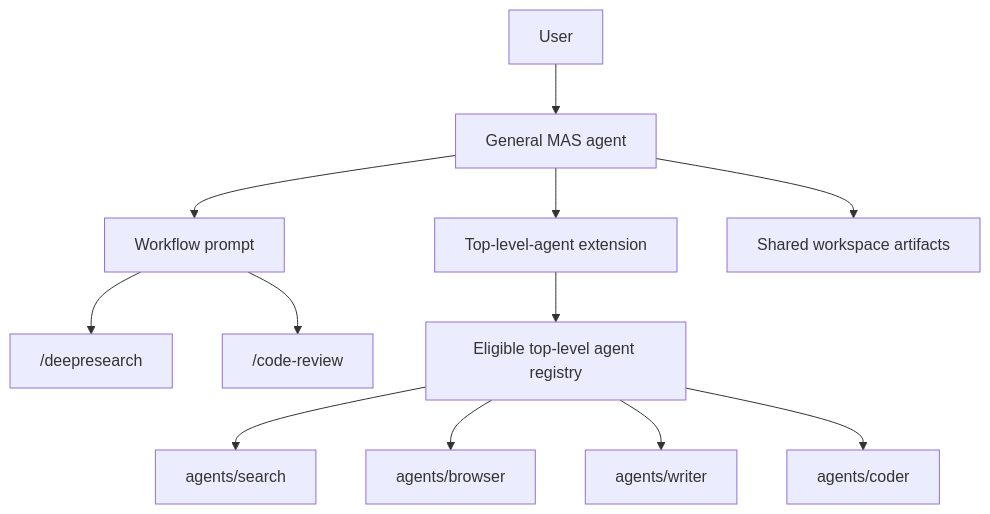
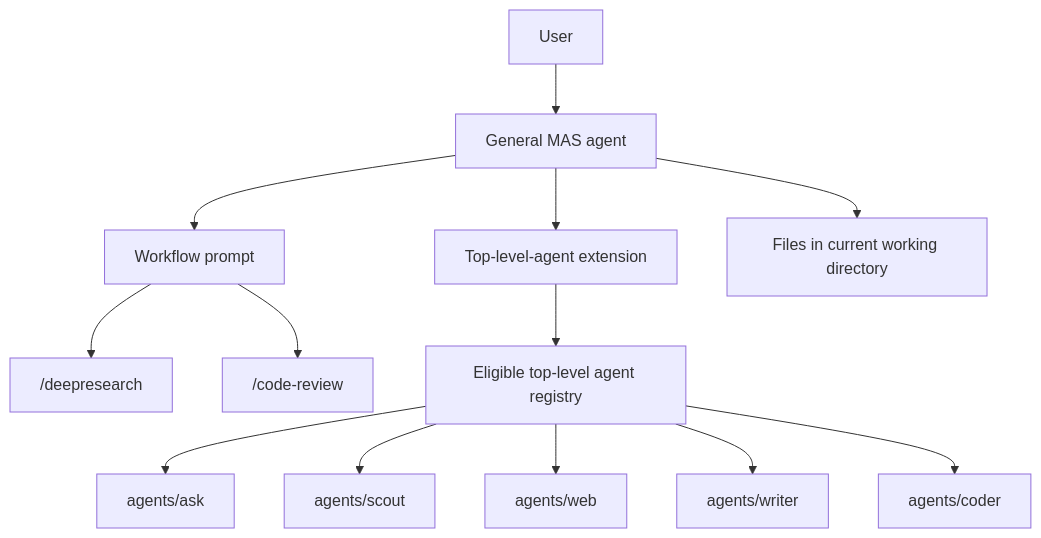
One commit to PlebeiusGaragicus/dot-pi changed the diagram in docs/design/top-level-agent-mas.md. Above: the diagram before and after it, drawn with Mermaid. The commit also changed other lines of this file, not shown here.

````diff
--- a/docs/design/top-level-agent-mas.md
+++ b/docs/design/top-level-agent-mas.md
@@ -62,14 +63,15 @@
 ```mermaid
 flowchart TD
     User[User] --> MasAgent["General MAS agent"]
     MasAgent --> WorkflowPrompt["Workflow prompt"]
     WorkflowPrompt --> DeepResearch["/deepresearch"]
     WorkflowPrompt --> CodeReview["/code-review"]
     MasAgent --> Extension["Top-level-agent extension"]
     Extension --> Registry["Eligible top-level agent registry"]
-    Registry --> SearchAgent["agents/search"]
-    Registry --> BrowserAgent["agents/browser"]
+    Registry --> AskAgent["agents/ask"]
+    Registry --> ScoutAgent["agents/scout"]
+    Registry --> WebAgent["agents/web"]
     Registry --> WriterAgent["agents/writer"]
     Registry --> CoderAgent["agents/coder"]
-    MasAgent --> Artifacts["Shared workspace artifacts"]
+    MasAgent --> Artifacts["Files in current working directory"]
 ```
````
